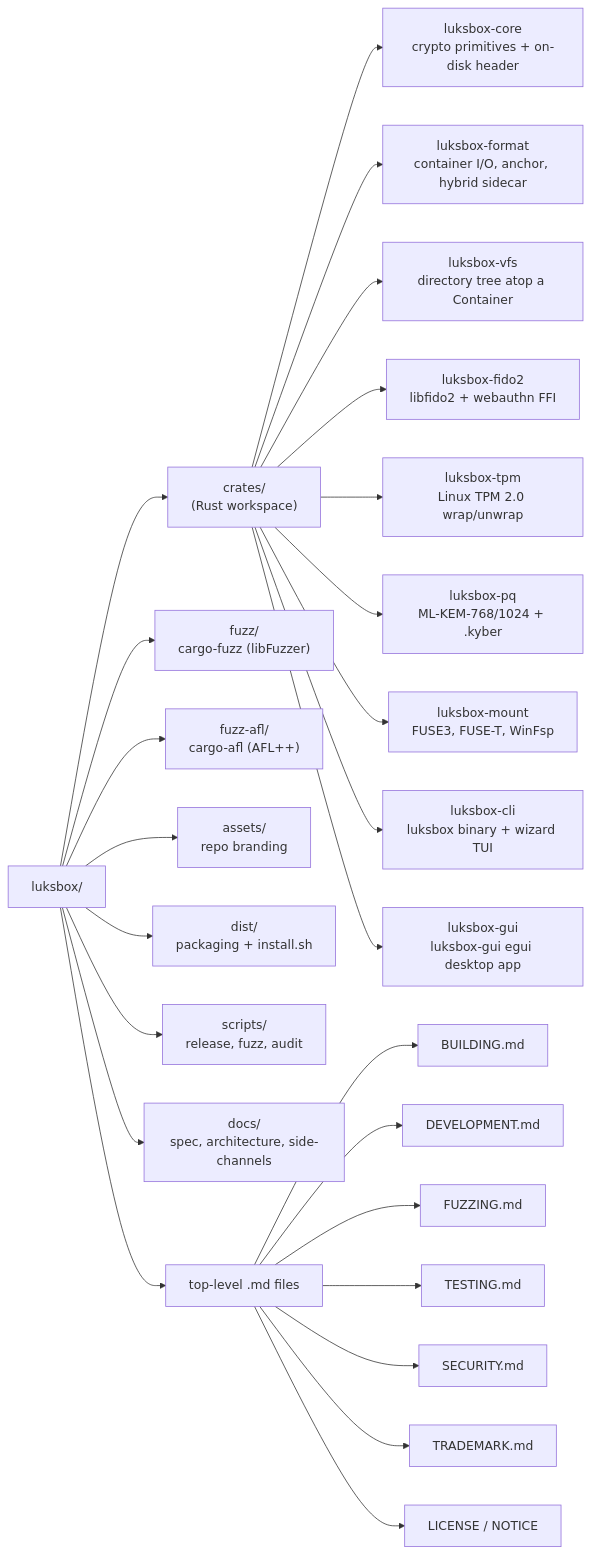
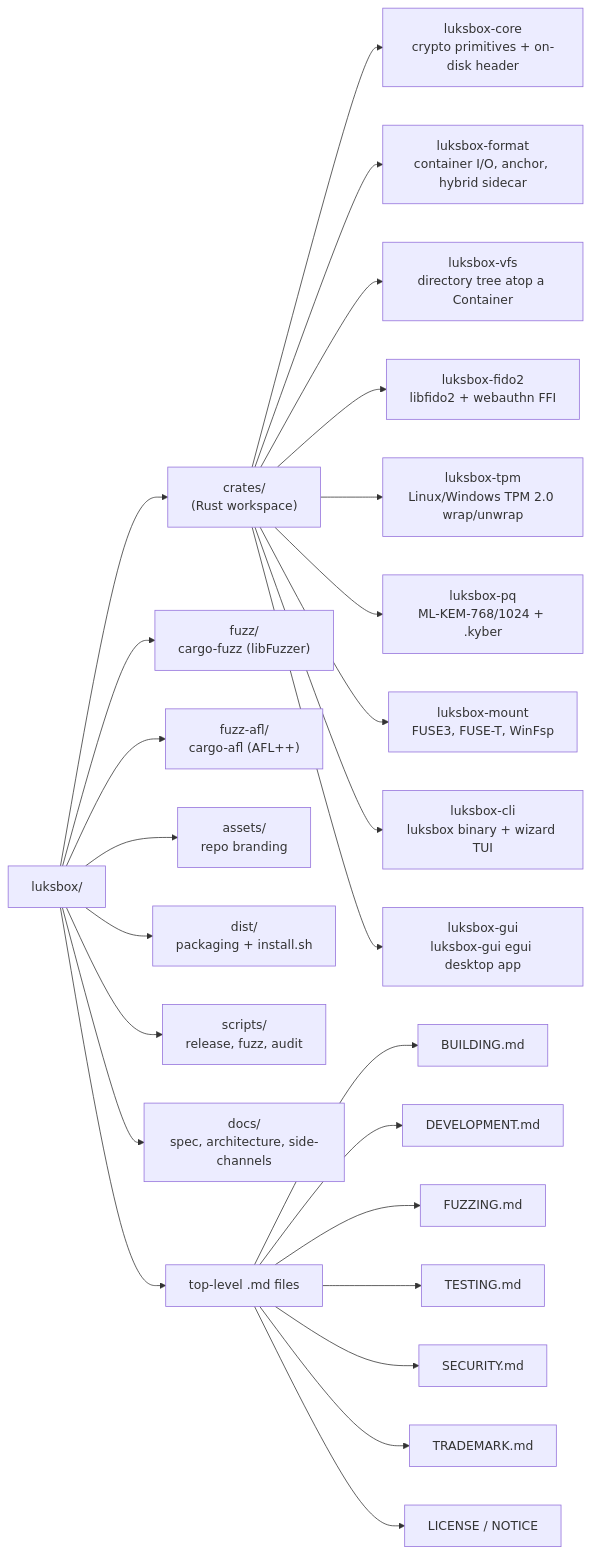
The second of 2 diagrams in README.md (PentHertz/LUKSbox), drawn with Mermaid before and after one commit. The commit also changed other lines of this file and 19 other files, not shown here.

Commit message:
Implementing Windows TPM 2.0 TBS support

````diff
--- a/README.md
+++ b/README.md
@@ -316,30 +316,30 @@
 ```mermaid
 flowchart LR
     Root["luksbox/"]
     Root --> Crates["crates/<br/>(Rust workspace)"]
     Root --> Fuzz["fuzz/<br/>cargo-fuzz (libFuzzer)"]
     Root --> FuzzAfl["fuzz-afl/<br/>cargo-afl (AFL++)"]
     Root --> Assets["assets/<br/>repo branding"]
     Root --> Dist["dist/<br/>packaging + install.sh"]
     Root --> Scripts["scripts/<br/>release, fuzz, audit"]
     Root --> Docs["docs/<br/>spec, architecture, side-channels"]
     Root --> Top["top-level .md files"]
 
     Crates --> Core["luksbox-core<br/>crypto primitives + on-disk header"]
     Crates --> Format["luksbox-format<br/>container I/O, anchor, hybrid sidecar"]
     Crates --> Vfs["luksbox-vfs<br/>directory tree atop a Container"]
     Crates --> Fido2["luksbox-fido2<br/>libfido2 + webauthn FFI"]
-    Crates --> Tpm["luksbox-tpm<br/>Linux TPM 2.0 wrap/unwrap"]
+    Crates --> Tpm["luksbox-tpm<br/>Linux/Windows TPM 2.0 wrap/unwrap"]
     Crates --> Pq["luksbox-pq<br/>ML-KEM-768/1024 + .kyber"]
     Crates --> Mount["luksbox-mount<br/>FUSE3, FUSE-T, WinFsp"]
     Crates --> Cli["luksbox-cli<br/>luksbox binary + wizard TUI"]
     Crates --> Gui["luksbox-gui<br/>luksbox-gui egui desktop app"]
 
     Top --> Building["BUILDING.md"]
     Top --> Devel["DEVELOPMENT.md"]
     Top --> Fuzzing["FUZZING.md"]
     Top --> Testing["TESTING.md"]
     Top --> Security["SECURITY.md"]
     Top --> Trademark["TRADEMARK.md"]
     Top --> License["LICENSE / NOTICE"]
 ```
````
